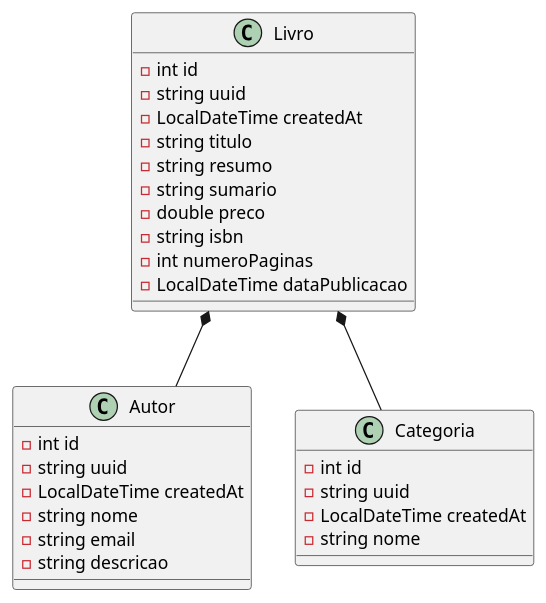
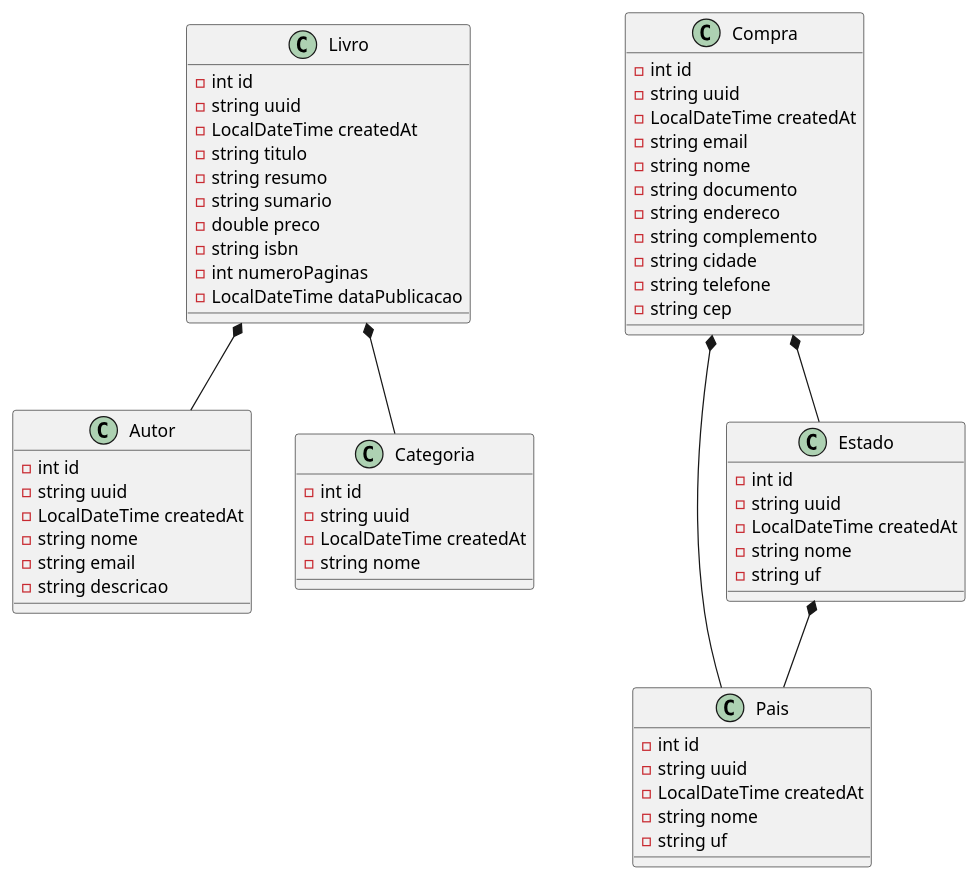
One commit to fabriciosouza21/seed-desafio-cdc changed the diagram in arquitetura/autor.plantuml. Above: the diagram before and after it, drawn with PlantUML. The commit also changed 30 other files, not shown here.

```diff
--- a/arquitetura/autor.plantuml
+++ b/arquitetura/autor.plantuml
@@ -1,35 +1,73 @@
 @startuml
 
 class Autor {
 	-int id
 	-string uuid
 	-LocalDateTime createdAt
 	-string nome
 	-string email
 	-string descricao
 }
 
 class Categoria {
 	-int id
 	-string uuid
 	-LocalDateTime createdAt
 	-string nome
 }
 
 class Livro {
 	-int id
 	-string uuid
 	-LocalDateTime createdAt
 	-string titulo
 	-string resumo
 	-string sumario
 	-double preco
 	-string isbn
 	-int numeroPaginas
 	-LocalDateTime dataPublicacao
 }
 
 Livro *-- Categoria
 Livro *-- Autor
 
+class Pais {
+	-int id
+	-string uuid
+	-LocalDateTime createdAt
+	-string nome
+	-string uf
+}
+
+class Estado {
+	-int id
+	-string uuid
+	-LocalDateTime createdAt
+	-string nome
+	-string uf
+}
+
+Estado *-- Pais
+
+class Compra {
+	-int id
+	-string uuid
+	-LocalDateTime createdAt
+	-string email
+	-string nome
+	-string documento
+	-string endereco
+	-string complemento
+	-string cidade
+	-string telefone
+	-string cep
+}
+
+Compra *-- Pais
+Compra *-- Estado
+
+
+
+
 @enduml
```
